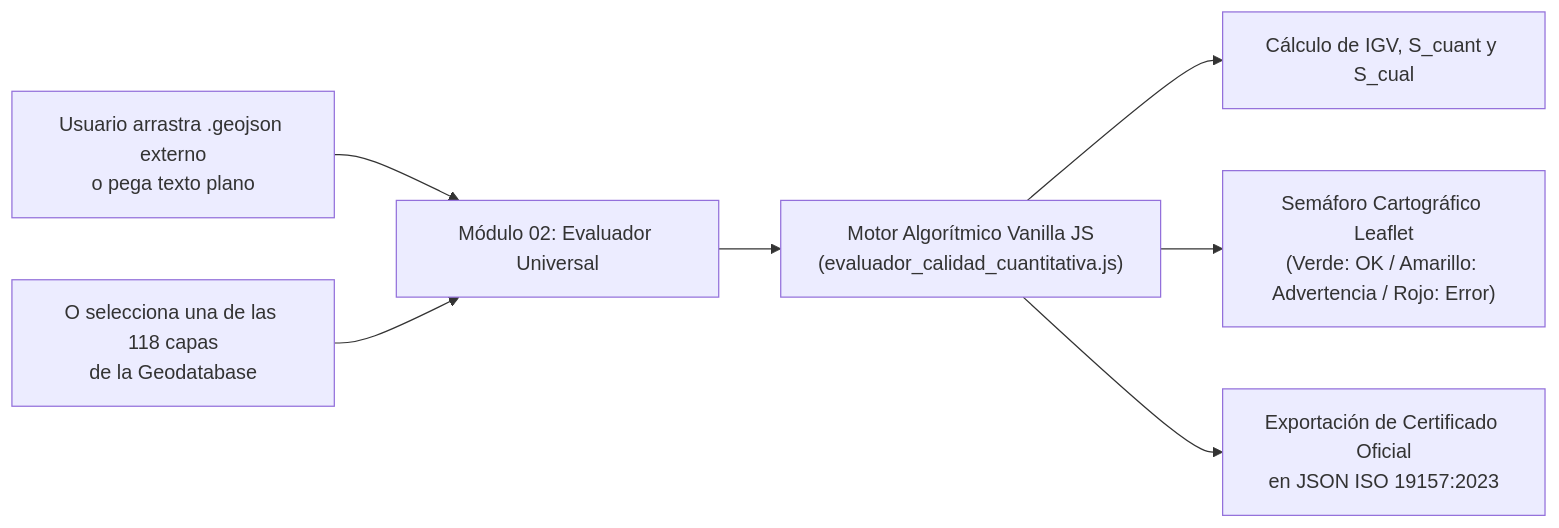
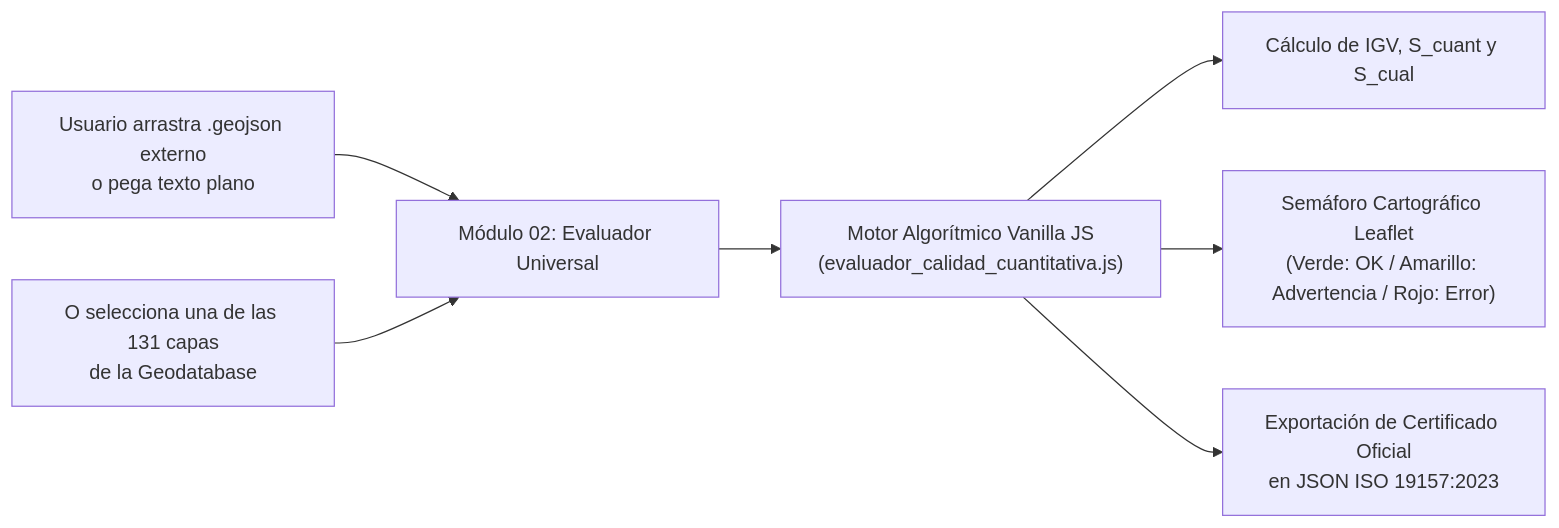
Before and after one commit to GEOJOTA/atlas_vgi_territorial: the second of 4 diagrams in docs/ANALISIS_METACALIDAD.md, drawn with Mermaid. The commit also changed other lines of this file and 10 other files, not shown here.

````diff
--- a/docs/ANALISIS_METACALIDAD.md
+++ b/docs/ANALISIS_METACALIDAD.md
@@ -125,9 +125,9 @@
 ```mermaid
 graph LR
     EXT["Usuario arrastra .geojson externo<br/>o pega texto plano"] --> MOD02["Módulo 02: Evaluador Universal"]
-    INT["O selecciona una de las 118 capas<br/>de la Geodatabase"] --> MOD02
+    INT["O selecciona una de las 131 capas<br/>de la Geodatabase"] --> MOD02
     MOD02 --> ALG["Motor Algorítmico Vanilla JS<br/>(evaluador_calidad_cuantitativa.js)"]
     ALG --> RES1["Cálculo de IGV, S_cuant y S_cual"]
     ALG --> RES2["Semáforo Cartográfico Leaflet<br/>(Verde: OK / Amarillo: Advertencia / Rojo: Error)"]
     ALG --> RES3["Exportación de Certificado Oficial<br/>en JSON ISO 19157:2023"]
 ```
````
